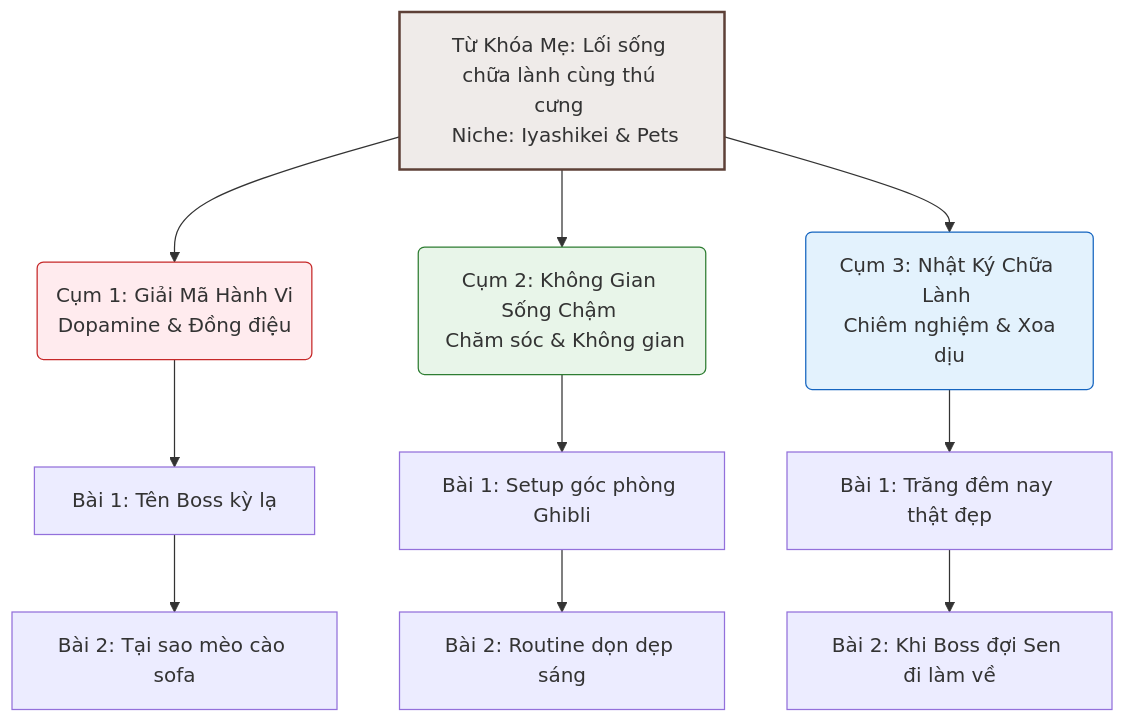
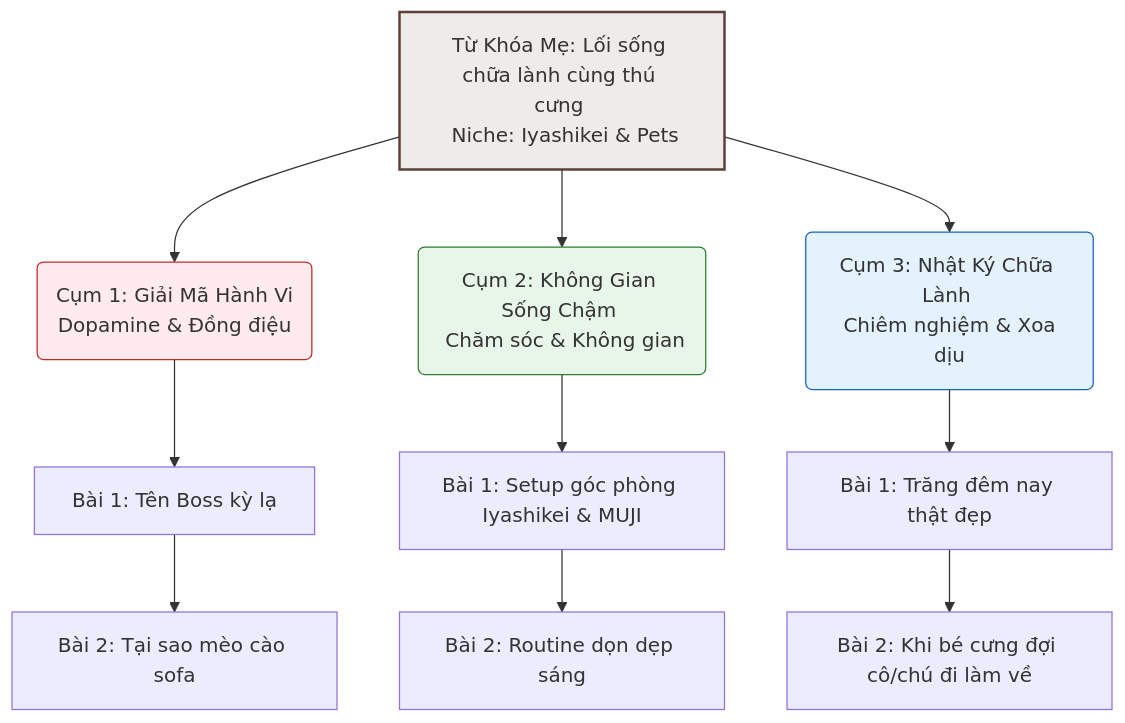
The diagram in Document/Website/03_CONTENT_PLAN.md (capcattech-stack/doca-umbrella-workspace), drawn with Mermaid before and after one commit. The commit also changed other lines of this file and 52 other files, not shown here.

````diff
--- a/Document/Website/03_CONTENT_PLAN.md
+++ b/Document/Website/03_CONTENT_PLAN.md
@@ -15,24 +15,24 @@
 ```mermaid
 graph TD
     Parent[Từ Khóa Mẹ: Lối sống chữa lành cùng thú cưng <br> Niche: Iyashikei & Pets]
     
     %% Cụm 1
     Parent --> C1(Cụm 1: Giải Mã Hành Vi <br> Dopamine & Đồng điệu)
     C1 --> C1_1["Bài 1: Tên Boss kỳ lạ"]
     C1_1 --> C1_2["Bài 2: Tại sao mèo cào sofa"]
     
     %% Cụm 2
     Parent --> C2(Cụm 2: Không Gian Sống Chậm <br> Chăm sóc & Không gian)
-    C2 --> C2_1["Bài 1: Setup góc phòng Ghibli"]
+    C2 --> C2_1["Bài 1: Setup góc phòng Iyashikei & MUJI"]
     C2_1 --> C2_2["Bài 2: Routine dọn dẹp sáng"]
     
     %% Cụm 3
     Parent --> C3(Cụm 3: Nhật Ký Chữa Lành <br> Chiêm nghiệm & Xoa dịu)
     C3 --> C3_1["Bài 1: Trăng đêm nay thật đẹp"]
-    C3_1 --> C3_2["Bài 2: Khi Boss đợi Sen đi làm về"]
+    C3_1 --> C3_2["Bài 2: Khi bé cưng đợi cô/chú đi làm về"]
     
     style Parent fill:#efebe9,stroke:#5d4037,stroke-width:2px
     style C1 fill:#ffebee,stroke:#c62828,stroke-width:1px
     style C2 fill:#e8f5e9,stroke:#2e7d32,stroke-width:1px
     style C3 fill:#e3f2fd,stroke:#1565c0,stroke-width:1px
 ```
````
